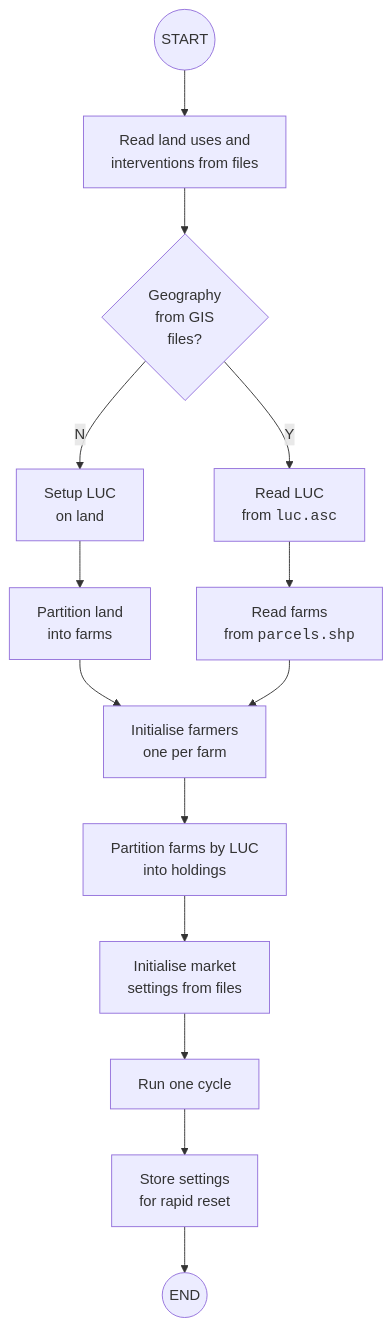
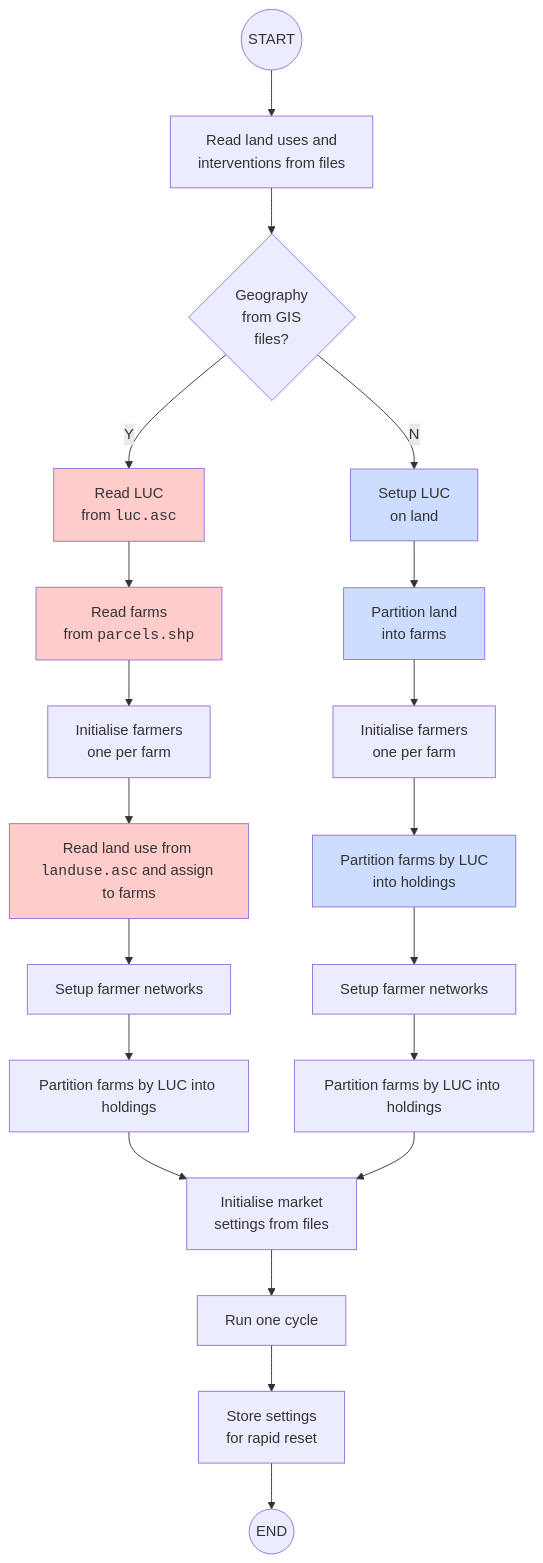
One commit to DOSull/moving-the-middle-abm changed the diagram in model-description/documents/01a-model-initialisation.qmd. Above: the diagram before and after it, drawn with Mermaid. The commit also changed other lines of this file and 25 other files, not shown here.

````diff
--- a/model-description/documents/01a-model-initialisation.qmd
+++ b/model-description/documents/01a-model-initialisation.qmd
@@ -30,29 +31,45 @@
 ```{mermaid}
 flowchart TB
   A((START))
   B[Read land uses and<br>interventions from files]
   C{Geography<br>from GIS<br>files?}
-  D[Setup LUC<br>on land]
-  E[Partition land<br>into farms]
-  F[Read LUC<br>from <span style='font-family:monospace;'>luc.asc</span>]
-  G[Read farms<br>from <span style='font-family:monospace;'>parcels.shp</span>]
-  H[Initialise farmers<br>one per farm]
-  I[Partition farms by LUC<br>into holdings]
-  J[Initialise market<br>settings from files]
-  K[Run one cycle]
-  L[Store settings<br>for rapid reset]
-  M((END))
+  D[Read LUC<br>from <span style='font-family:monospace;'>luc.asc</span>]
+  E[Read farms<br>from <span style='font-family:monospace;'>parcels.shp</span>]
+  F[Initialise farmers<br>one per farm]
+  G[Read land use from <span style='font-family:monospace;'>landuse.asc</span> and assign to farms]
+  H[Setup farmer networks]
+  I[Partition farms by LUC into holdings]
+  J[Setup LUC<br>on land]
+  K[Partition land<br>into farms]
+  L[Initialise farmers<br>one per farm]
+  M[Partition farms by LUC<br>into holdings]
+  N[Setup farmer networks]
+  O[Partition farms by LUC into holdings]
+  P[Initialise market<br>settings from files]
+  Q[Run one cycle]
+  R[Store settings<br>for rapid reset]
+  S((END))
   A --> B
   B --> C
-  C -->|N| D
+  C -->|Y| D
   D --> E
-  E --> H
-  C -->|Y| F
+  E --> F
   F --> G
   G --> H
   H --> I
-  I --> J
+  I --> P
+  C -->|N| J
   J --> K
   K --> L
   L --> M
+  M --> N
+  N --> O
+  O --> P
+  P --> Q
+  Q --> R
+  R --> S
+  classDef pink fill:#fcc
+  classDef blue fill:#cdf
+  class D,E,G pink
+  class J,K,M blue
 ```
````
